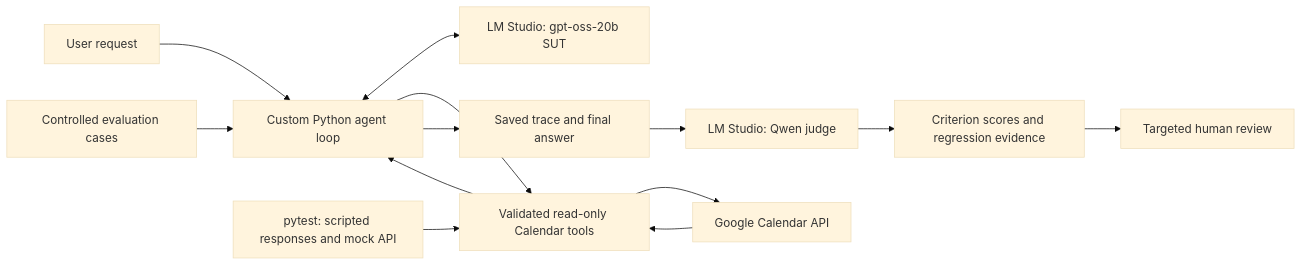
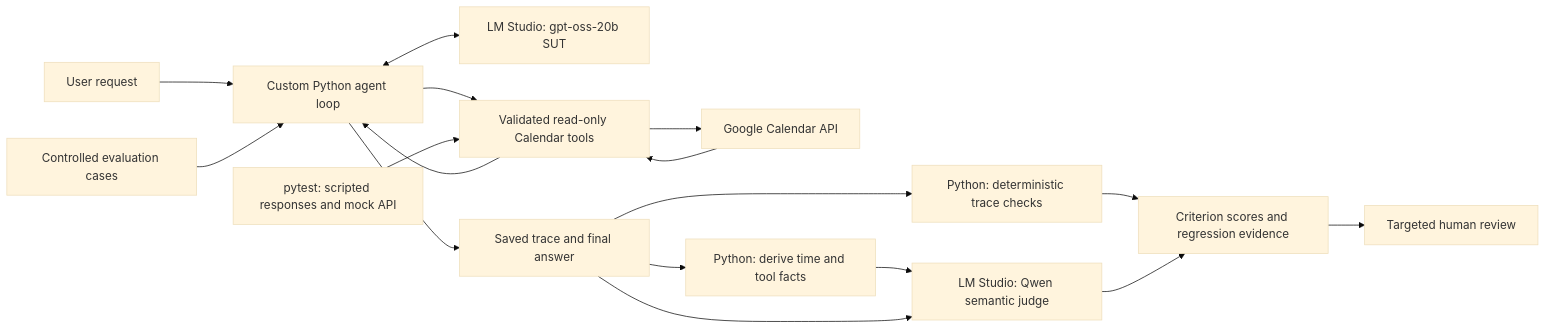
Before and after one commit to rachelwuw/agentic-ai-quality-harness: the diagram in README.md, drawn with Mermaid (base theme). The commit also changed other lines of this file and 52 other files, not shown here.

Commit message:
Checkpoint v0.2 preview with trace facts and judge validation

````diff
--- a/README.md
+++ b/README.md
@@ -31,15 +31,19 @@
 ```mermaid
 flowchart LR
     U[User request] --> A[Custom Python agent loop]
     A <--> S[LM Studio: gpt-oss-20b SUT]
     A --> V[Validated read-only Calendar tools]
     V --> G[Google Calendar API]
     G --> V
     V --> A
     A --> T[Saved trace and final answer]
     E[Controlled evaluation cases] --> A
     P[pytest: scripted responses and mock API] --> V
-    T --> J[LM Studio: Qwen judge]
+    T --> F[Python: derive time and tool facts]
+    T --> D[Python: deterministic trace checks]
+    F --> J[LM Studio: Qwen semantic judge]
+    T --> J
+    D --> R
     J --> R[Criterion scores and regression evidence]
     R --> H[Targeted human review]
 ```
````
